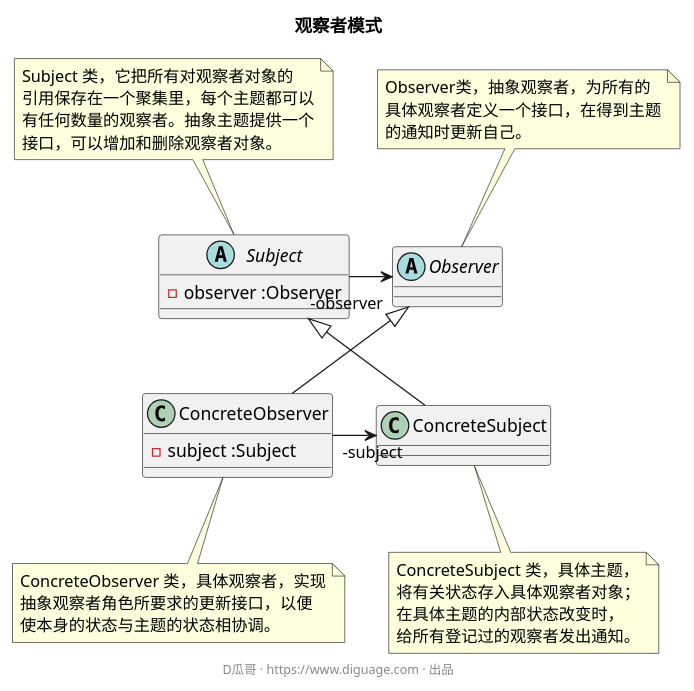
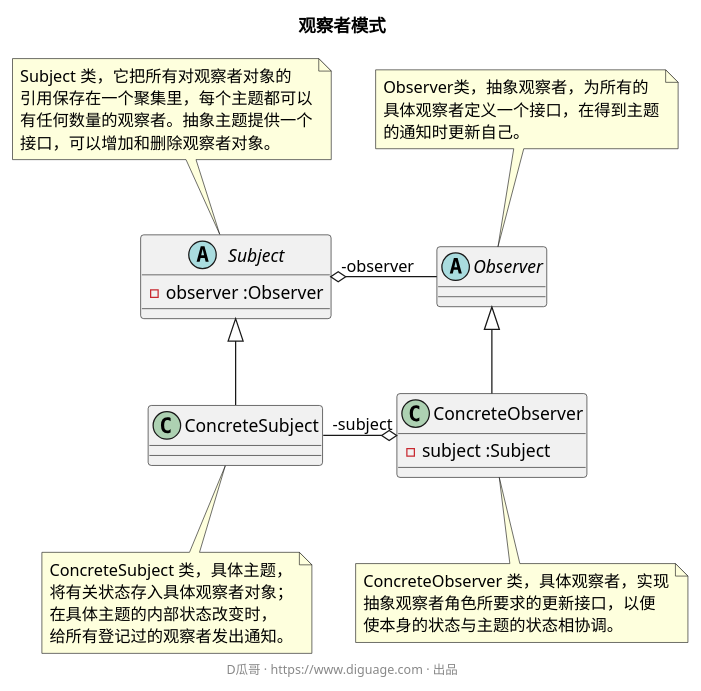
The diagram in docs/assets/puml/observer.puml (diguage/deep-in-design-patterns), drawn with PlantUML before and after one commit. The commit also changed 2 other files, not shown here.

Commit message:
更新UML图

```diff
--- a/docs/assets/puml/observer.puml
+++ b/docs/assets/puml/observer.puml
@@ -1,30 +1,30 @@
 @startuml
 title "**观察者模式**"
 
 abstract class Subject {
   - observer :Observer
 }
 note top: Subject 类，它把所有对观察者对象的\n引用保存在一个聚集里，每个主题都可以\n有任何数量的观察者。抽象主题提供一个\n接口，可以增加和删除观察者对象。
-
-class ConcreteSubject {
-}
-note bottom: ConcreteSubject 类，具体主题，\n将有关状态存入具体观察者对象；\n在具体主题的内部状态改变时，\n给所有登记过的观察者发出通知。
 
 abstract class Observer {
 }
 note top: Observer类，抽象观察者，为所有的\n具体观察者定义一个接口，在得到主题\n的通知时更新自己。
 
 class ConcreteObserver {
   - subject :Subject
 }
 note bottom: ConcreteObserver 类，具体观察者，实现\n抽象观察者角色所要求的更新接口，以便\n使本身的状态与主题的状态相协调。
 
-Subject "-observer" -right-> Observer
+class ConcreteSubject {
+}
+note bottom: ConcreteSubject 类，具体主题，\n将有关状态存入具体观察者对象；\n在具体主题的内部状态改变时，\n给所有登记过的观察者发出通知。
 
+Subject "-observer" o-right- Observer
+
+Subject  <|-- ConcreteSubject
 Observer <|-- ConcreteObserver
-Subject  <|-- ConcreteSubject
 
-ConcreteSubject  <-left- "-subject" ConcreteObserver
+ConcreteObserver "-subject" o-left- ConcreteSubject
 
 footer D瓜哥 · https://www.diguage.com · 出品
 @enduml
```
